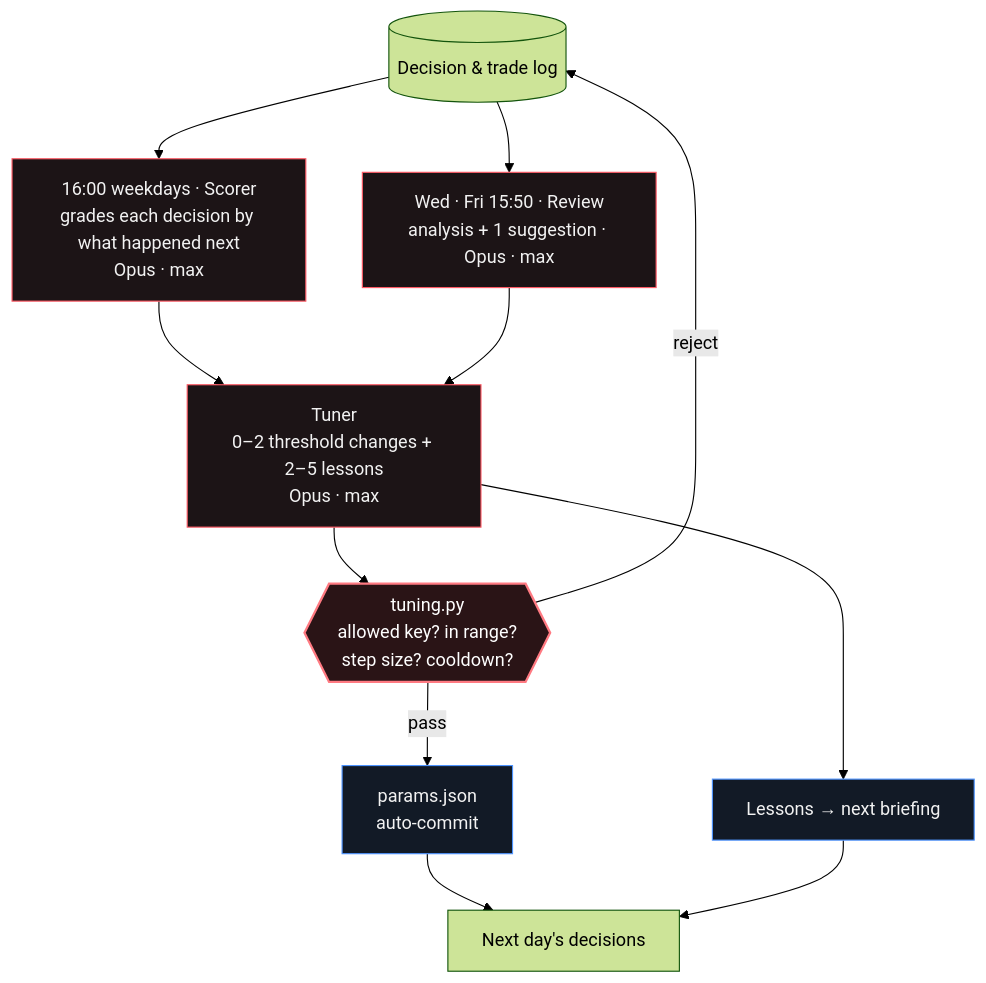
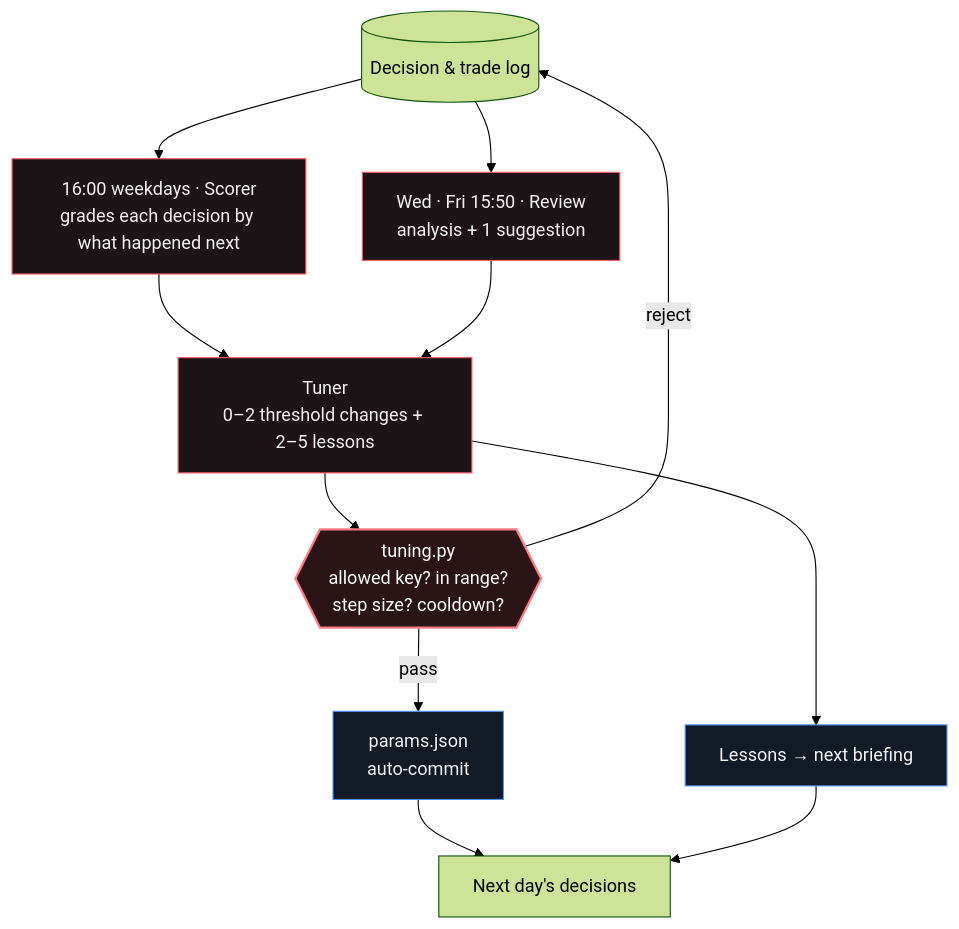
One commit to isopink/hynix-298f changed the diagram in assets/diagrams/tuning.en.mmd. Above: the diagram before and after it, drawn with Mermaid (forest theme). The commit also changed 9 other files, not shown here.

```diff
--- a/assets/diagrams/tuning.en.mmd
+++ b/assets/diagrams/tuning.en.mmd
@@ -1,17 +1,17 @@
 flowchart TB
-    J[("Decision & trade log")] --> SC["16:00 weekdays · Scorer<br/>grades each decision by what happened next<br/>Opus · max"]
-    SC --> TU["Tuner<br/>0–2 threshold changes + 2–5 lessons<br/>Opus · max"]
+    J[("Decision & trade log")] --> SC["16:00 weekdays · Scorer<br/>grades each decision by what happened next"]
+    SC --> TU["Tuner<br/>0–2 threshold changes + 2–5 lessons"]
     TU --> C{{"tuning.py<br/>allowed key? in range?<br/>step size? cooldown?"}}
     C -- pass --> P["params.json<br/>auto-commit"]
     C -- reject --> J
     TU --> LS["Lessons → next briefing"]
     P --> D["Next day's decisions"]
     LS --> D
-    J --> W["Wed · Fri 15:50 · Review<br/>analysis + 1 suggestion · Opus · max"]
+    J --> W["Wed · Fri 15:50 · Review<br/>analysis + 1 suggestion"]
     W --> TU
     classDef agent fill:#1c1416,stroke:#ff5a65,color:#f2f2f2
     classDef hook fill:#2a1416,stroke:#ff7a82,stroke-width:2px,color:#ffffff
     classDef ok fill:#121a26,stroke:#4e94ff,color:#f2f2f2
     class SC,TU,W agent
     class C hook
     class P,LS ok
```
